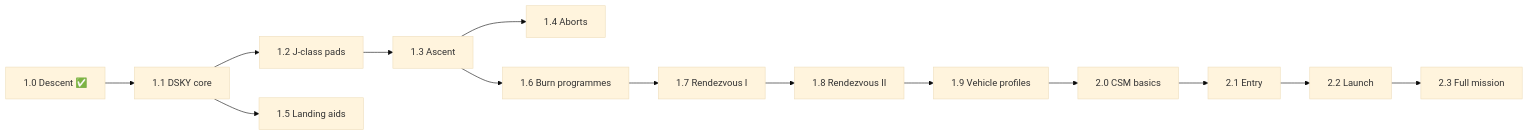
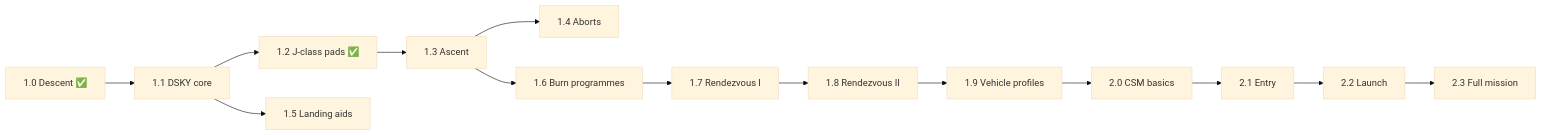
Before and after one commit to EclipticPoyo/apollo-lm-guidance-kos: the diagram in ROADMAP.md, drawn with Mermaid (base theme). The commit also changed other lines of this file and 68 other files, not shown here.

````diff
--- a/ROADMAP.md
+++ b/ROADMAP.md
@@ -35,16 +35,16 @@
 ```mermaid
 flowchart LR
     v10["1.0 Descent ✅"] --> v11["1.1 DSKY core"]
-    v11 --> v12["1.2 J-class pads"]
+    v11 --> v12["1.2 J-class pads ✅"]
     v12 --> v13["1.3 Ascent"]
     v13 --> v14["1.4 Aborts"]
     v13 --> v16["1.6 Burn programmes"]
     v16 --> v17["1.7 Rendezvous I"]
     v17 --> v18["1.8 Rendezvous II"]
     v11 --> v15["1.5 Landing aids"]
     v18 --> v19["1.9 Vehicle profiles"]
     v19 --> v20["2.0 CSM basics"]
     v20 --> v21["2.1 Entry"]
     v21 --> v22["2.2 Launch"]
     v22 --> v23["2.3 Full mission"]
 ```
````
